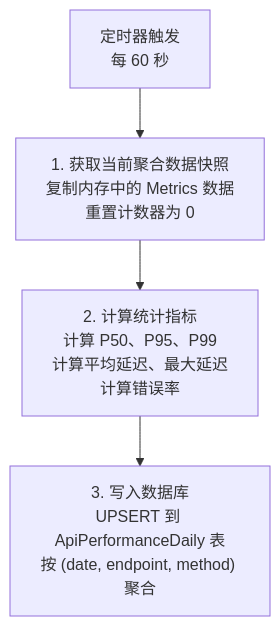
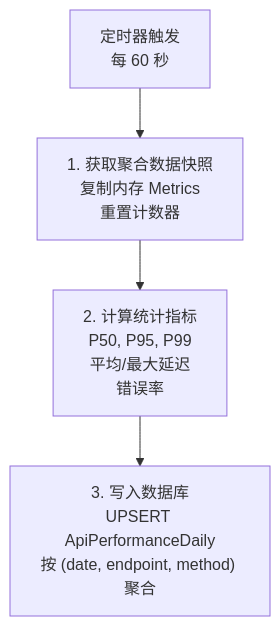
The fourth of 6 diagrams in 05-operations/monitoring/api-performance-collection.md (readmigo/docs), drawn with Mermaid before and after one commit. The commit also changed other lines of this file and 27 other files, not shown here.

First line of the commit message:
audit: remove code snippets, update to 2-env architecture across operations and pipeline docs

````diff
--- a/05-operations/monitoring/api-performance-collection.md
+++ b/05-operations/monitoring/api-performance-collection.md
@@ -177,6 +114,6 @@
 ```mermaid
 graph TD
-    A["定时器触发<br>每 60 秒"] --> B["1. 获取当前聚合数据快照<br>复制内存中的 Metrics 数据<br>重置计数器为 0"]
-    B --> C["2. 计算统计指标<br>计算 P50、P95、P99<br>计算平均延迟、最大延迟<br>计算错误率"]
-    C --> D["3. 写入数据库<br>UPSERT 到 ApiPerformanceDaily 表<br>按 (date, endpoint, method) 聚合"]
+    A["定时器触发<br>每 60 秒"] --> B["1. 获取聚合数据快照<br>复制内存 Metrics<br>重置计数器"]
+    B --> C["2. 计算统计指标<br>P50, P95, P99<br>平均/最大延迟<br>错误率"]
+    C --> D["3. 写入数据库<br>UPSERT ApiPerformanceDaily<br>按 (date, endpoint, method) 聚合"]
 ```
````
